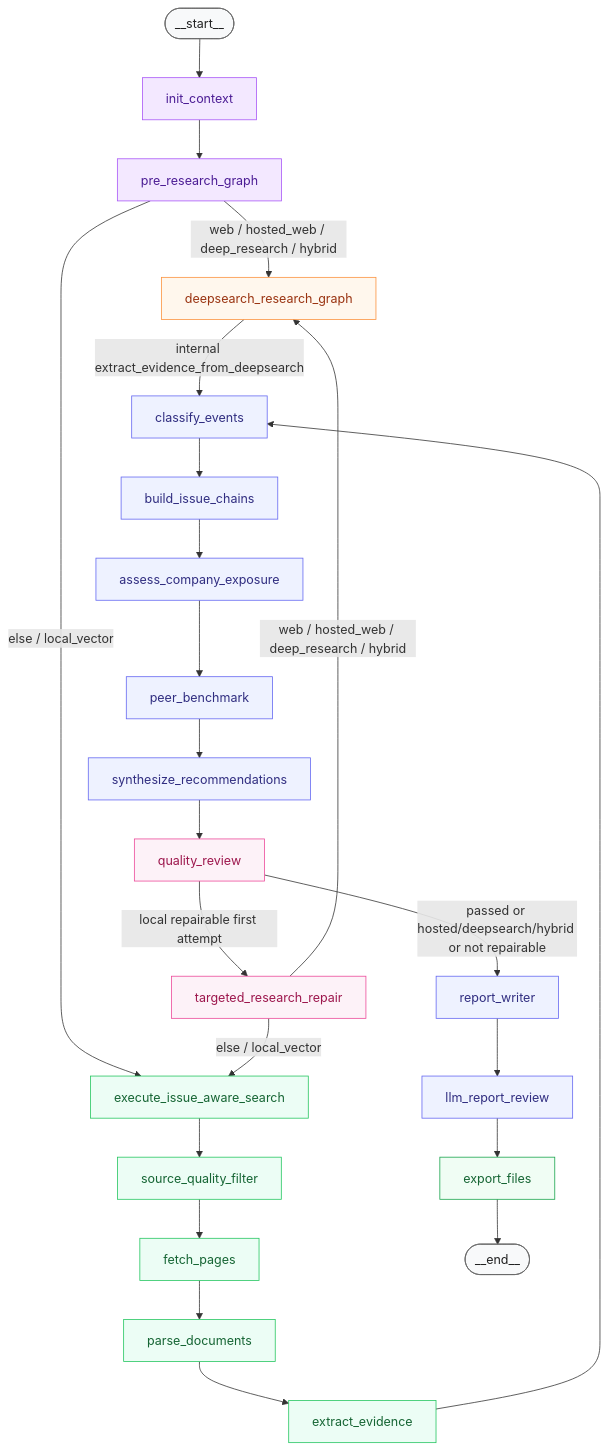
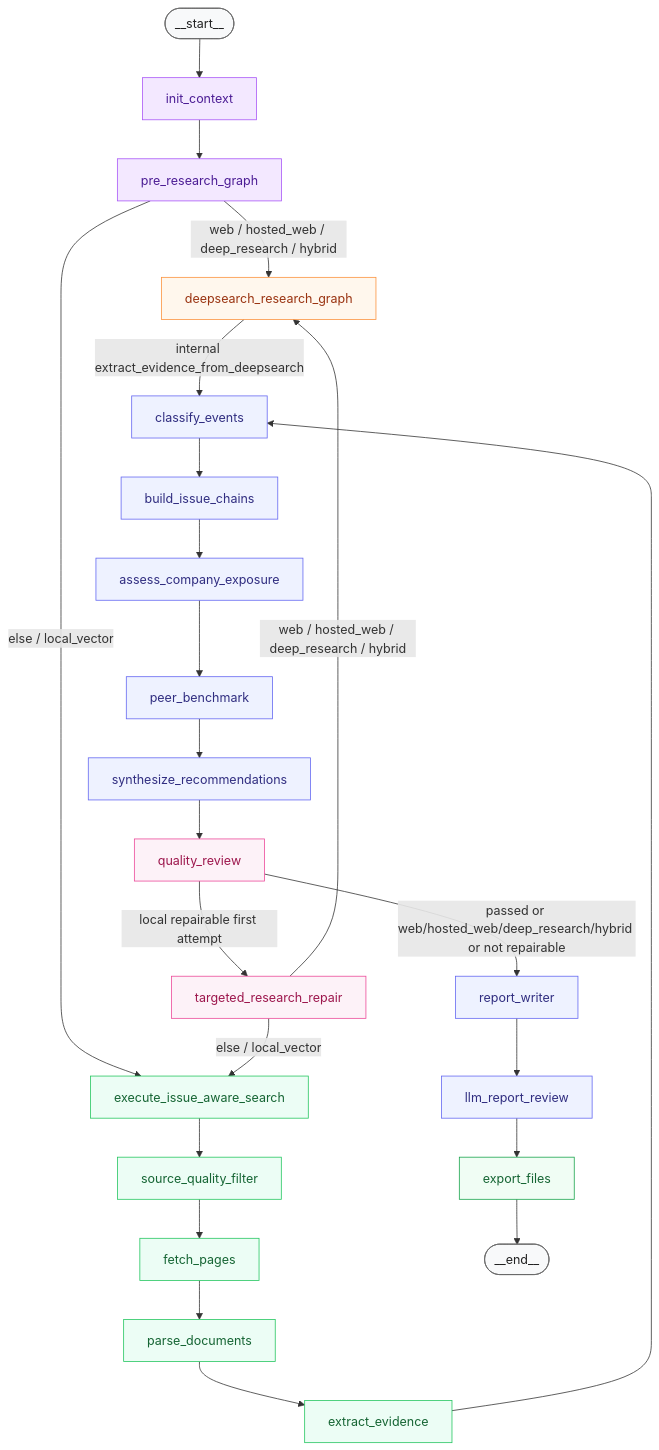
Before and after one commit to Linkai0905/ESG_monthly_agent: the diagram in README.md, drawn with Mermaid. The commit also changed other lines of this file, not shown here.

````diff
--- a/README.md
+++ b/README.md
@@ -82,48 +82,48 @@
 ```mermaid
 flowchart TD
     START([__start__]) --> init_context
     init_context --> pre_research_graph
 
     pre_research_graph -->|web / hosted_web / deep_research / hybrid| deepsearch_research_graph
     pre_research_graph -->|else / local_vector| execute_issue_aware_search
 
     deepsearch_research_graph -->|internal extract_evidence_from_deepsearch| classify_events
 
     execute_issue_aware_search --> source_quality_filter
     source_quality_filter --> fetch_pages
     fetch_pages --> parse_documents
     parse_documents --> extract_evidence
     extract_evidence --> classify_events
 
     classify_events --> build_issue_chains
     build_issue_chains --> assess_company_exposure
     assess_company_exposure --> peer_benchmark
     peer_benchmark --> synthesize_recommendations
     synthesize_recommendations --> quality_review
 
-    quality_review -->|passed or hosted/deepsearch/hybrid or not repairable| report_writer
+    quality_review -->|passed or web/hosted_web/deep_research/hybrid or not repairable| report_writer
     quality_review -->|local repairable first attempt| targeted_research_repair
 
     targeted_research_repair -->|web / hosted_web / deep_research / hybrid| deepsearch_research_graph
     targeted_research_repair -->|else / local_vector| execute_issue_aware_search
 
     report_writer --> llm_report_review
     llm_report_review --> export_files
     export_files --> END([__end__])
 
     classDef startEnd fill:#f8f9fa,stroke:#666,color:#222;
     classDef setup fill:#f3e8ff,stroke:#a855f7,color:#4c1d95;
     classDef local fill:#ecfdf5,stroke:#22c55e,color:#166534;
     classDef hosted fill:#fff7ed,stroke:#fb923c,color:#9a3412;
     classDef reasoning fill:#eef2ff,stroke:#6366f1,color:#312e81;
     classDef review fill:#fdf2f8,stroke:#ec4899,color:#9d174d;
     classDef export fill:#f0fdf4,stroke:#16a34a,color:#166534;
 
     class START,END startEnd;
     class init_context,pre_research_graph setup;
     class execute_issue_aware_search,source_quality_filter,fetch_pages,parse_documents,extract_evidence local;
     class deepsearch_research_graph hosted;
     class classify_events,build_issue_chains,assess_company_exposure,peer_benchmark,synthesize_recommendations,report_writer,llm_report_review reasoning;
     class quality_review,targeted_research_repair review;
     class export_files export;
 ```
````
